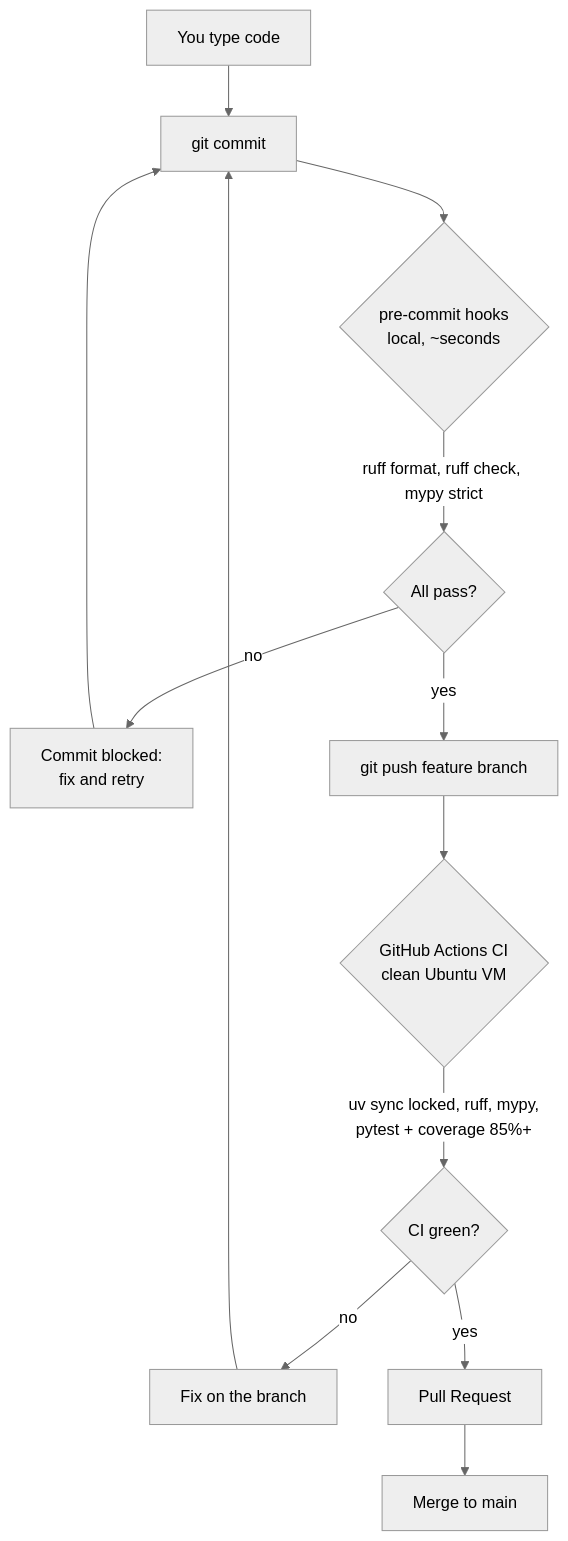
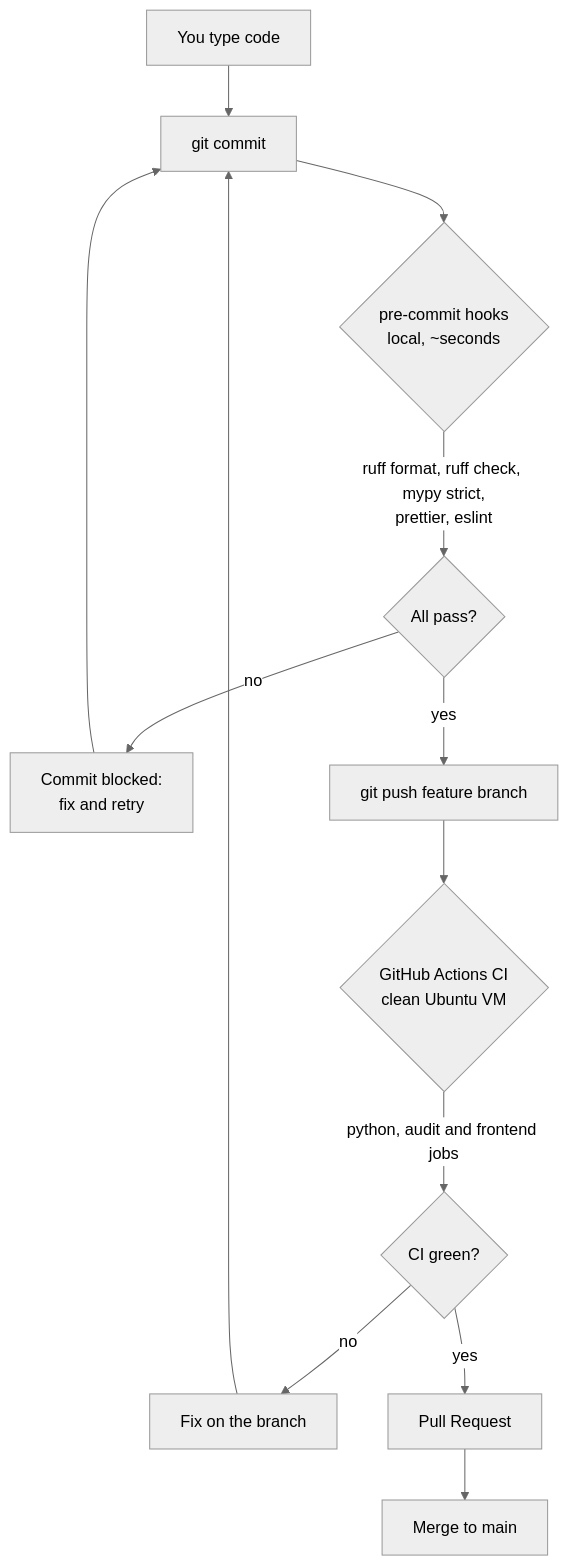
One commit to Ekanth-Sai/pitwall changed the first of 2 diagrams in docs/design/dev-pipeline.md. Above: the diagram before and after it, drawn with Mermaid (neutral theme). The commit also changed other lines of this file and 26 other files, not shown here.

First line of the commit message:
P1.0: scaffold frontend with Vite, React and strict TypeScript

````diff
--- a/docs/design/dev-pipeline.md
+++ b/docs/design/dev-pipeline.md
@@ -3,15 +3,15 @@
 ```mermaid
 flowchart TD
     A["You type code"] --> B["git commit"]
     B --> C{"pre-commit hooks<br/>local, ~seconds"}
-    C -->|"ruff format, ruff check, mypy strict"| D{"All pass?"}
+    C -->|"ruff format, ruff check, mypy strict,<br/>prettier, eslint"| D{"All pass?"}
     D -->|"no"| E["Commit blocked:<br/>fix and retry"]
     E --> B
     D -->|"yes"| F["git push feature branch"]
     F --> G{"GitHub Actions CI<br/>clean Ubuntu VM"}
-    G -->|"uv sync locked, ruff, mypy,<br/>pytest + coverage 85%+"| H{"CI green?"}
+    G -->|"python, audit and frontend jobs"| H{"CI green?"}
     H -->|"no"| I["Fix on the branch"]
     I --> B
     H -->|"yes"| J["Pull Request"]
     J --> K["Merge to main"]
 ```
````
